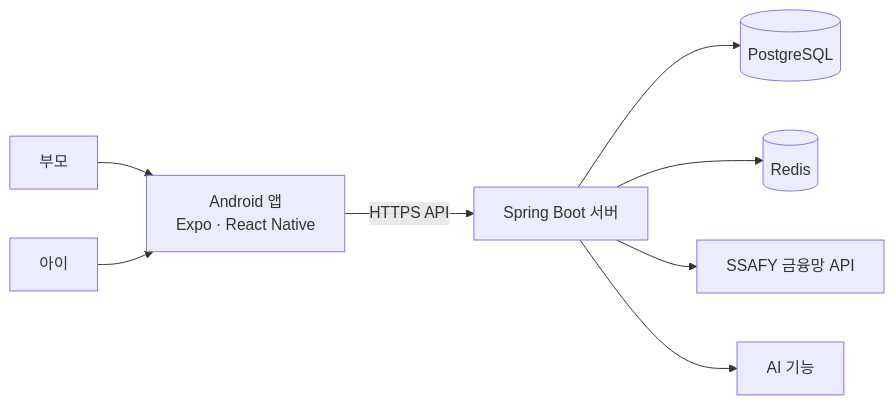
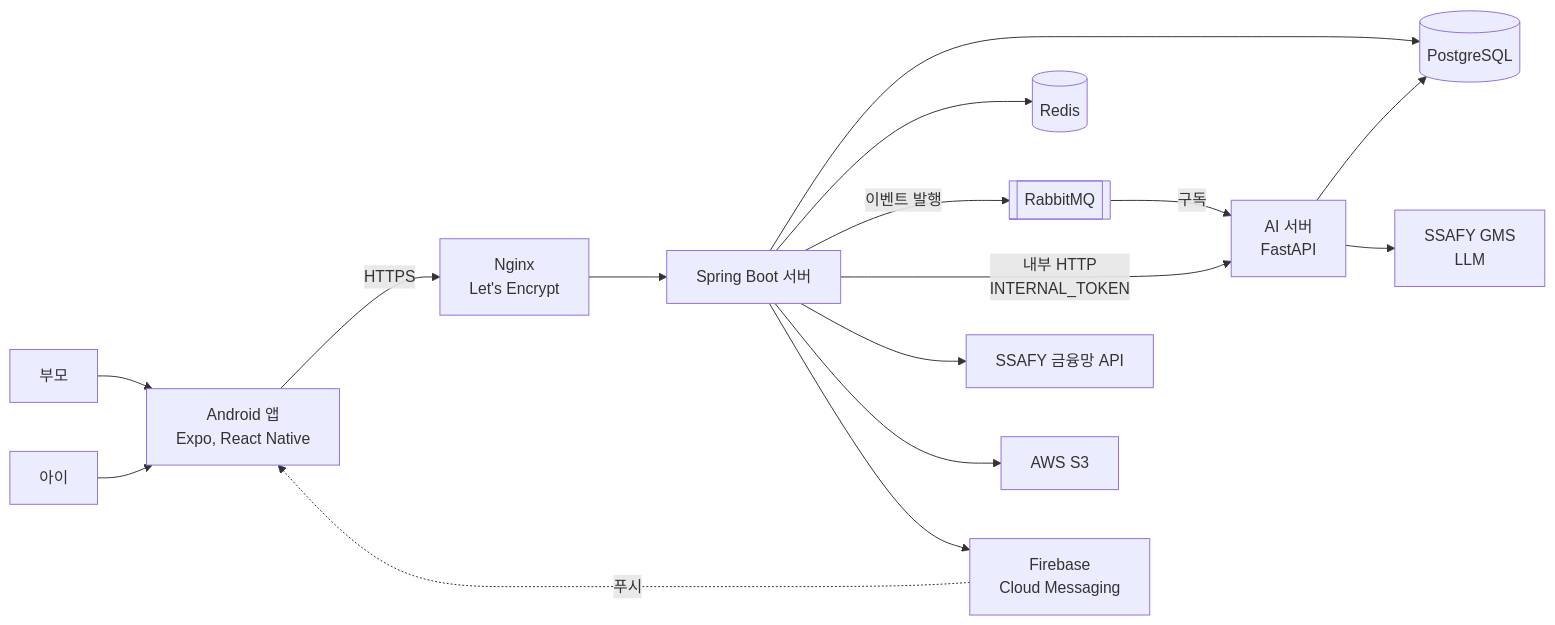
Before and after one commit to oz115/dotori: the second of 3 diagrams in ReadMe.md, drawn with Mermaid. The commit also changed other lines of this file and 5 other files, not shown here.

````diff
--- a/ReadMe.md
+++ b/ReadMe.md
@@ -176,11 +234,21 @@
 ```mermaid
 flowchart LR
-    P[부모] --> APP[Android 앱<br/>Expo · React Native]
+    P[부모] --> APP[Android 앱<br/>Expo, React Native]
     C[아이] --> APP
 
-    APP -->|HTTPS API| SERVER[Spring Boot 서버]
+    APP -->|HTTPS| NGINX[Nginx<br/>Let's Encrypt]
+    NGINX --> SERVER[Spring Boot 서버]
+
     SERVER --> DB[(PostgreSQL)]
     SERVER --> CACHE[(Redis)]
+    SERVER -->|이벤트 발행| MQ[[RabbitMQ]]
+    SERVER -->|내부 HTTP<br/>INTERNAL_TOKEN| AI[AI 서버<br/>FastAPI]
+    MQ -->|구독| AI
+    AI --> DB
+    AI --> GMS[SSAFY GMS<br/>LLM]
+
     SERVER --> FINANCE[SSAFY 금융망 API]
-    SERVER --> AI[AI 기능]
+    SERVER --> S3[AWS S3]
+    SERVER --> FCM[Firebase<br/>Cloud Messaging]
+    FCM -.푸시.-> APP
 ```
````
